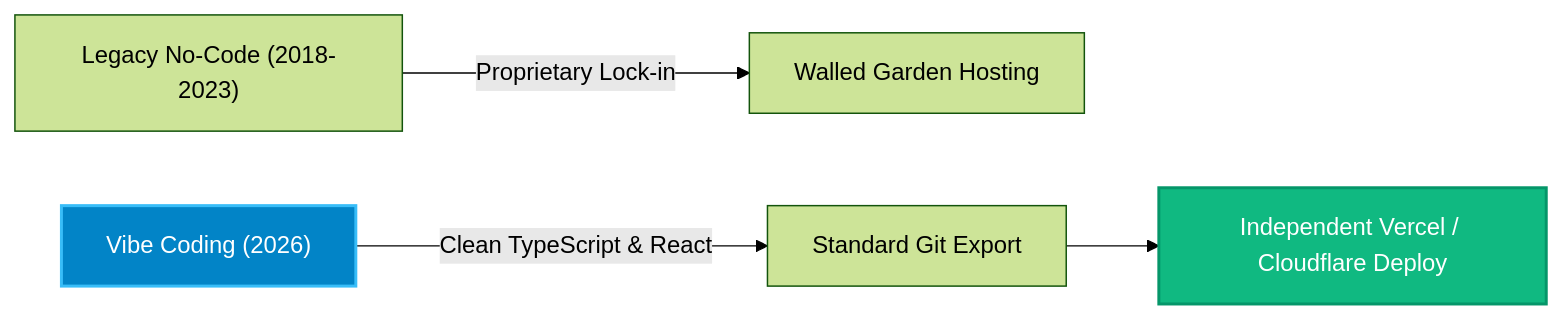
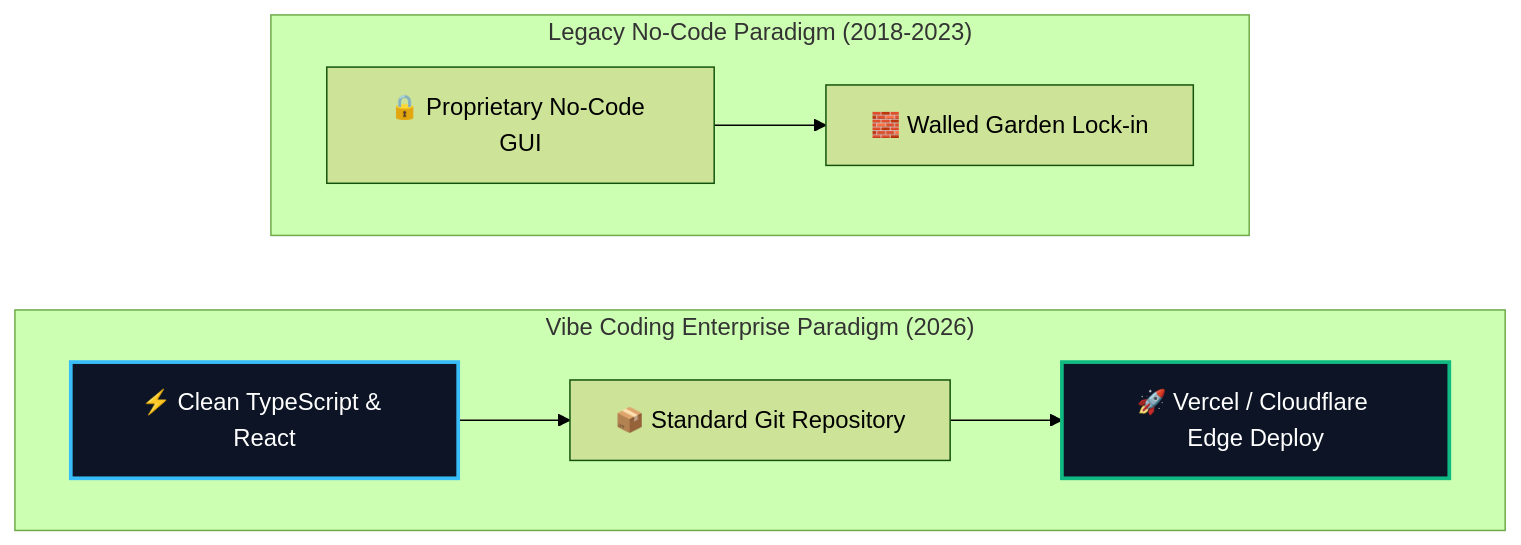
Before and after one commit to heliatech-media/saas-radar: the first of 3 diagrams in site/src/content/blog/bolt-new-vs-lovable-2026-vibe-coding-showdown.md, drawn with Mermaid (forest theme). The commit also changed 97 other files, not shown here.

First line of the commit message:
feat(diagrams): upgrade all article architecture schemas to high-impact 2-tier responsive vector blueprints

````diff
--- a/site/src/content/blog/bolt-new-vs-lovable-2026-vibe-coding-showdown.md
+++ b/site/src/content/blog/bolt-new-vs-lovable-2026-vibe-coding-showdown.md
@@ -48,8 +48,15 @@
 ```mermaid
-flowchart LR
-    A["Legacy No-Code (2018-2023)"] -->|"Proprietary Lock-in"| B["Walled Garden Hosting"]
-    C["Vibe Coding (2026)"] -->|"Clean TypeScript & React"| D["Standard Git Export"]
-    D --> E["Independent Vercel / Cloudflare Deploy"]
-    style C fill:#0284c7,stroke:#38bdf8,stroke-width:2px,color:#ffffff
-    style E fill:#10b981,stroke:#059669,stroke-width:2px,color:#ffffff
+flowchart TD
+    subgraph Legacy["Legacy No-Code Paradigm (2018-2023)"]
+        direction LR
+        A["🔒 Proprietary No-Code GUI"] --> B["🧱 Walled Garden Lock-in"]
+    end
+    subgraph Vibe["Vibe Coding Enterprise Paradigm (2026)"]
+        direction LR
+        C["⚡ Clean TypeScript & React"] --> D["📦 Standard Git Repository"]
+        D --> E["🚀 Vercel / Cloudflare Edge Deploy"]
+    end
+    Legacy ~~~ Vibe
+    style C fill:#0c1425,stroke:#38bdf8,stroke-width:2.5px,color:#ffffff
+    style E fill:#0c1425,stroke:#10b981,stroke-width:2.5px,color:#ffffff
 ```
````
